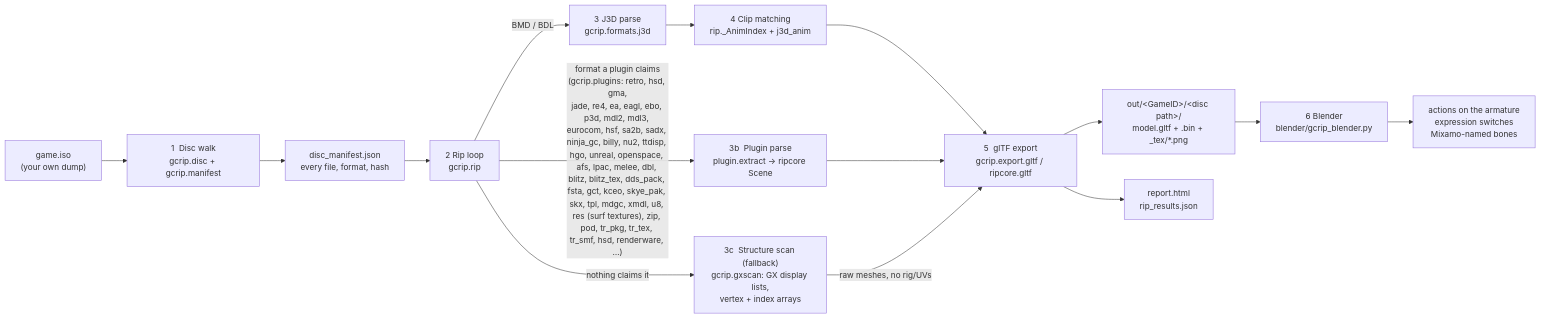
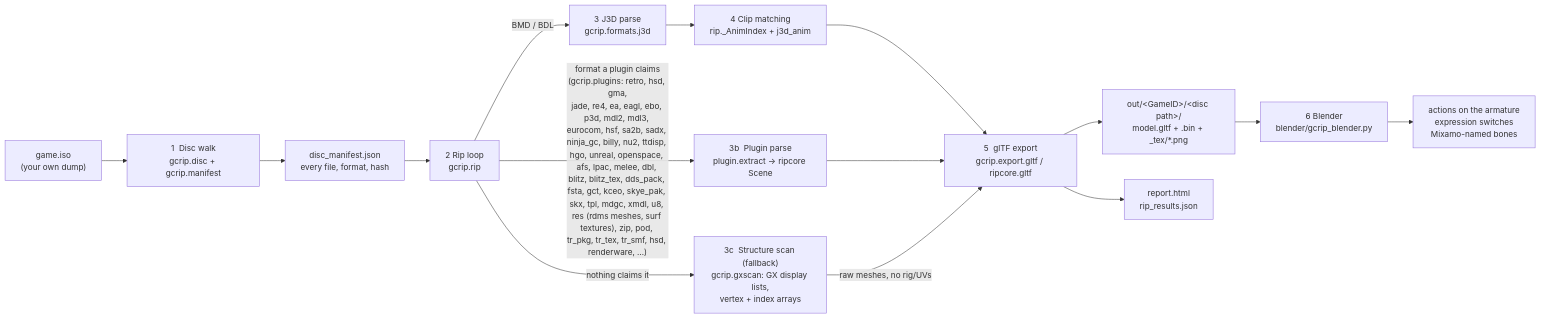
The first of 9 diagrams in docs/PIPELINE.md (Felbs/3d-ripper-9000), drawn with Mermaid before and after one commit. The commit also changed 7 other files, not shown here.

````diff
--- a/docs/PIPELINE.md
+++ b/docs/PIPELINE.md
@@ -11,17 +11,17 @@
 ```mermaid
 flowchart LR
     ISO["game.iso<br/>(your own dump)"] --> WALK["1  Disc walk<br/>gcrip.disc + gcrip.manifest"]
     WALK --> MAN["disc_manifest.json<br/>every file, format, hash"]
     MAN --> RIP["2  Rip loop<br/>gcrip.rip"]
     RIP -->|"BMD / BDL"| J3D["3  J3D parse<br/>gcrip.formats.j3d"]
-    RIP -->|"format a plugin claims<br/>(gcrip.plugins: retro, hsd, gma,<br/>jade, re4, ea, eagl, ebo, p3d, mdl2, mdl3, eurocom, hsf, sa2b, sadx, ninja_gc, billy, nu2, ttdisp, hgo, unreal, openspace, afs, lpac, melee, dbl, blitz, blitz_tex, dds_pack, fsta, gct, kceo, skye_pak, skx, tpl, mdgc, xmdl, u8, res (surf textures), zip, pod, tr_pkg, tr_tex, tr_smf, hsd, renderware, …)"| PLUG["3b  Plugin parse<br/>plugin.extract → ripcore Scene"]
+    RIP -->|"format a plugin claims<br/>(gcrip.plugins: retro, hsd, gma,<br/>jade, re4, ea, eagl, ebo, p3d, mdl2, mdl3, eurocom, hsf, sa2b, sadx, ninja_gc, billy, nu2, ttdisp, hgo, unreal, openspace, afs, lpac, melee, dbl, blitz, blitz_tex, dds_pack, fsta, gct, kceo, skye_pak, skx, tpl, mdgc, xmdl, u8, res (rdms meshes, surf textures), zip, pod, tr_pkg, tr_tex, tr_smf, hsd, renderware, …)"| PLUG["3b  Plugin parse<br/>plugin.extract → ripcore Scene"]
     RIP -->|"nothing claims it"| GX["3c  Structure scan (fallback)<br/>gcrip.gxscan: GX display lists,<br/>vertex + index arrays"]
     J3D --> ANIM["4  Clip matching<br/>rip._AnimIndex + j3d_anim"]
     ANIM --> GLTF["5  glTF export<br/>gcrip.export.gltf / ripcore.gltf"]
     PLUG --> GLTF
     GX -->|"raw meshes, no rig/UVs"| GLTF
     GLTF --> OUT["out/&lt;GameID&gt;/&lt;disc path&gt;/<br/>model.gltf + .bin + _tex/*.png"]
     GLTF --> REP["report.html<br/>rip_results.json"]
     OUT --> BL["6  Blender<br/>blender/gcrip_blender.py"]
     BL --> PLAY["actions on the armature<br/>expression switches<br/>Mixamo-named bones"]
 ```
````
